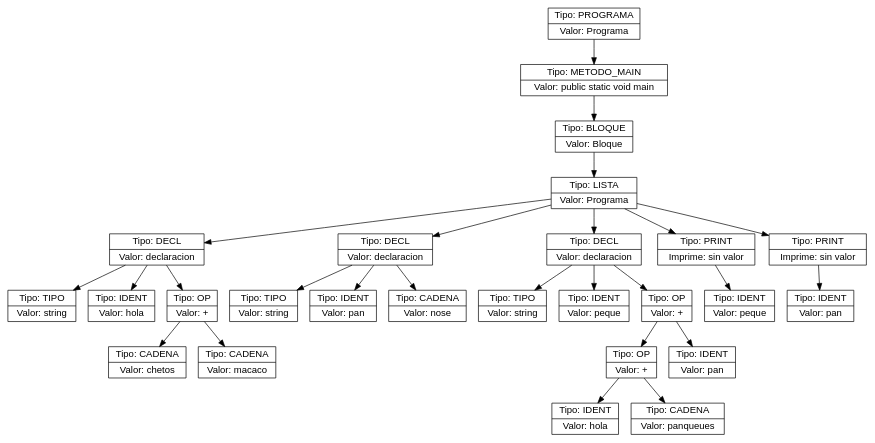
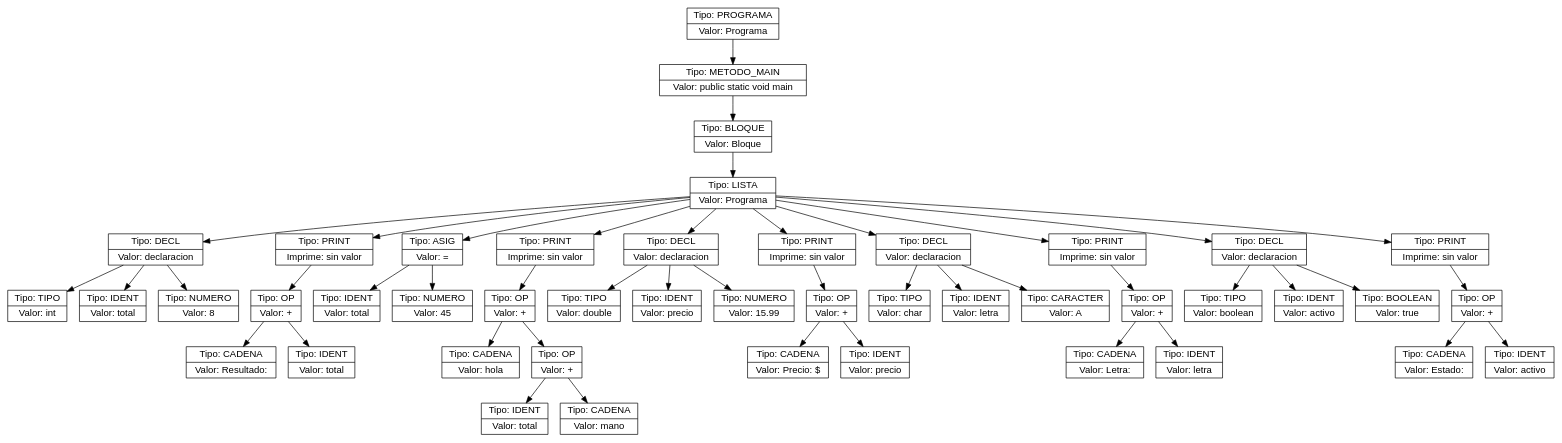
Before and after one commit to Farot30/OLC2_2s2025_P2_202307820: the diagram in ast.dot, drawn with Graphviz. The commit also changed 10 other files, not shown here.

```diff
--- a/ast.dot
+++ b/ast.dot
@@ -1,54 +1,92 @@
 digraph AST {
   node [shape=record,fontname="Helvetica"];
-  n0x62ee48352f00 [label="{Tipo: PROGRAMA|Valor: Programa}"];
-  n0x62ee48352f00 -> n0x62ee48413d40;
-  n0x62ee48413d40 [label="{Tipo: METODO_MAIN|Valor: public static void main}"];
-  n0x62ee48413d40 -> n0x62ee4840e7e0;
-  n0x62ee4840e7e0 [label="{Tipo: BLOQUE|Valor: Bloque}"];
-  n0x62ee4840e7e0 -> n0x62ee48426c10;
-  n0x62ee48426c10 [label="{Tipo: LISTA|Valor: Programa}"];
-  n0x62ee48426c10 -> n0x62ee4823c840;
-  n0x62ee4823c840 [label="{Tipo: DECL|Valor: declaracion}"];
-  n0x62ee4823c840 -> n0x62ee48494180;
-  n0x62ee48494180 [label="{Tipo: TIPO|Valor: string}"];
-  n0x62ee4823c840 -> n0x62ee48494080;
-  n0x62ee48494080 [label="{Tipo: IDENT|Valor: hola}"];
-  n0x62ee4823c840 -> n0x62ee48236080;
-  n0x62ee48236080 [label="{Tipo: OP|Valor: +}"];
-  n0x62ee48236080 -> n0x62ee48535a40;
-  n0x62ee48535a40 [label="{Tipo: CADENA|Valor: chetos }"];
-  n0x62ee48236080 -> n0x62ee48496480;
-  n0x62ee48496480 [label="{Tipo: CADENA|Valor: macaco }"];
-  n0x62ee48426c10 -> n0x62ee484979e0;
-  n0x62ee484979e0 [label="{Tipo: DECL|Valor: declaracion}"];
-  n0x62ee484979e0 -> n0x62ee484207f0;
-  n0x62ee484207f0 [label="{Tipo: TIPO|Valor: string}"];
-  n0x62ee484979e0 -> n0x62ee484a7060;
-  n0x62ee484a7060 [label="{Tipo: IDENT|Valor: pan}"];
-  n0x62ee484979e0 -> n0x62ee4860c0d0;
-  n0x62ee4860c0d0 [label="{Tipo: CADENA|Valor: nose }"];
-  n0x62ee48426c10 -> n0x62ee4848cbe0;
-  n0x62ee4848cbe0 [label="{Tipo: DECL|Valor: declaracion}"];
-  n0x62ee4848cbe0 -> n0x62ee484a6e20;
-  n0x62ee484a6e20 [label="{Tipo: TIPO|Valor: string}"];
-  n0x62ee4848cbe0 -> n0x62ee48494860;
-  n0x62ee48494860 [label="{Tipo: IDENT|Valor: peque}"];
-  n0x62ee4848cbe0 -> n0x62ee48619720;
-  n0x62ee48619720 [label="{Tipo: OP|Valor: +}"];
-  n0x62ee48619720 -> n0x62ee48495ee0;
-  n0x62ee48495ee0 [label="{Tipo: OP|Valor: +}"];
-  n0x62ee48495ee0 -> n0x62ee481f9970;
-  n0x62ee481f9970 [label="{Tipo: IDENT|Valor: hola}"];
-  n0x62ee48495ee0 -> n0x62ee484a6520;
-  n0x62ee484a6520 [label="{Tipo: CADENA|Valor: panqueues }"];
-  n0x62ee48619720 -> n0x62ee4848eee0;
-  n0x62ee4848eee0 [label="{Tipo: IDENT|Valor: pan}"];
-  n0x62ee48426c10 -> n0x62ee484a51c0;
-  n0x62ee484a51c0 [label="{Tipo: PRINT|Imprime: sin valor}"];
-  n0x62ee484a51c0 -> n0x62ee484a59a0;
-  n0x62ee484a59a0 [label="{Tipo: IDENT|Valor: peque}"];
-  n0x62ee48426c10 -> n0x62ee48492070;
-  n0x62ee48492070 [label="{Tipo: PRINT|Imprime: sin valor}"];
-  n0x62ee48492070 -> n0x62ee48557d20;
-  n0x62ee48557d20 [label="{Tipo: IDENT|Valor: pan}"];
+  n0x5703c6ddf650 [label="{Tipo: PROGRAMA|Valor: Programa}"];
+  n0x5703c6ddf650 -> n0x5703c6e692f0;
+  n0x5703c6e692f0 [label="{Tipo: METODO_MAIN|Valor: public static void main}"];
+  n0x5703c6e692f0 -> n0x5703c6e34a30;
+  n0x5703c6e34a30 [label="{Tipo: BLOQUE|Valor: Bloque}"];
+  n0x5703c6e34a30 -> n0x5703c6e8a460;
+  n0x5703c6e8a460 [label="{Tipo: LISTA|Valor: Programa}"];
+  n0x5703c6e8a460 -> n0x5703c6e40eb0;
+  n0x5703c6e40eb0 [label="{Tipo: DECL|Valor: declaracion}"];
+  n0x5703c6e40eb0 -> n0x5703c6df86c0;
+  n0x5703c6df86c0 [label="{Tipo: TIPO|Valor: int}"];
+  n0x5703c6e40eb0 -> n0x5703c6e685e0;
+  n0x5703c6e685e0 [label="{Tipo: IDENT|Valor: total}"];
+  n0x5703c6e40eb0 -> n0x5703c6c06e20;
+  n0x5703c6c06e20 [label="{Tipo: NUMERO|Valor: 8}"];
+  n0x5703c6e8a460 -> n0x5703c6dc5330;
+  n0x5703c6dc5330 [label="{Tipo: PRINT|Imprime: sin valor}"];
+  n0x5703c6dc5330 -> n0x5703c6ddb630;
+  n0x5703c6ddb630 [label="{Tipo: OP|Valor: +}"];
+  n0x5703c6ddb630 -> n0x5703c6df6a20;
+  n0x5703c6df6a20 [label="{Tipo: CADENA|Valor: Resultado: }"];
+  n0x5703c6ddb630 -> n0x5703c6e4f6f0;
+  n0x5703c6e4f6f0 [label="{Tipo: IDENT|Valor: total}"];
+  n0x5703c6e8a460 -> n0x5703c6df7b30;
+  n0x5703c6df7b30 [label="{Tipo: ASIG|Valor: =}"];
+  n0x5703c6df7b30 -> n0x5703c6fa6e80;
+  n0x5703c6fa6e80 [label="{Tipo: IDENT|Valor: total}"];
+  n0x5703c6df7b30 -> n0x5703c6e691b0;
+  n0x5703c6e691b0 [label="{Tipo: NUMERO|Valor: 45}"];
+  n0x5703c6e8a460 -> n0x5703c6e4f290;
+  n0x5703c6e4f290 [label="{Tipo: PRINT|Imprime: sin valor}"];
+  n0x5703c6e4f290 -> n0x5703c6e34a80;
+  n0x5703c6e34a80 [label="{Tipo: OP|Valor: +}"];
+  n0x5703c6e34a80 -> n0x5703c6feac10;
+  n0x5703c6feac10 [label="{Tipo: CADENA|Valor: hola}"];
+  n0x5703c6e34a80 -> n0x5703c6f4f1f0;
+  n0x5703c6f4f1f0 [label="{Tipo: OP|Valor: +}"];
+  n0x5703c6f4f1f0 -> n0x5703c6e686d0;
+  n0x5703c6e686d0 [label="{Tipo: IDENT|Valor: total}"];
+  n0x5703c6f4f1f0 -> n0x5703c6e40d20;
+  n0x5703c6e40d20 [label="{Tipo: CADENA|Valor: mano}"];
+  n0x5703c6e8a460 -> n0x5703c6bfce10;
+  n0x5703c6bfce10 [label="{Tipo: DECL|Valor: declaracion}"];
+  n0x5703c6bfce10 -> n0x5703c6d7e7b0;
+  n0x5703c6d7e7b0 [label="{Tipo: TIPO|Valor: double}"];
+  n0x5703c6bfce10 -> n0x5703c6f4eae0;
+  n0x5703c6f4eae0 [label="{Tipo: IDENT|Valor: precio}"];
+  n0x5703c6bfce10 -> n0x5703c6c0ab70;
+  n0x5703c6c0ab70 [label="{Tipo: NUMERO|Valor: 15.99}"];
+  n0x5703c6e8a460 -> n0x5703c6de0030;
+  n0x5703c6de0030 [label="{Tipo: PRINT|Imprime: sin valor}"];
+  n0x5703c6de0030 -> n0x5703c6ddd490;
+  n0x5703c6ddd490 [label="{Tipo: OP|Valor: +}"];
+  n0x5703c6ddd490 -> n0x5703c6c238c0;
+  n0x5703c6c238c0 [label="{Tipo: CADENA|Valor: Precio: $}"];
+  n0x5703c6ddd490 -> n0x5703c6e34990;
+  n0x5703c6e34990 [label="{Tipo: IDENT|Valor: precio}"];
+  n0x5703c6e8a460 -> n0x5703c6c1a8e0;
+  n0x5703c6c1a8e0 [label="{Tipo: DECL|Valor: declaracion}"];
+  n0x5703c6c1a8e0 -> n0x5703c6dca150;
+  n0x5703c6dca150 [label="{Tipo: TIPO|Valor: char}"];
+  n0x5703c6c1a8e0 -> n0x5703c6c20840;
+  n0x5703c6c20840 [label="{Tipo: IDENT|Valor: letra}"];
+  n0x5703c6c1a8e0 -> n0x5703c6e61300;
+  n0x5703c6e61300 [label="{Tipo: CARACTER|Valor: A}"];
+  n0x5703c6e8a460 -> n0x5703c6c27130;
+  n0x5703c6c27130 [label="{Tipo: PRINT|Imprime: sin valor}"];
+  n0x5703c6c27130 -> n0x5703c6e37290;
+  n0x5703c6e37290 [label="{Tipo: OP|Valor: +}"];
+  n0x5703c6e37290 -> n0x5703c6f3b040;
+  n0x5703c6f3b040 [label="{Tipo: CADENA|Valor: Letra: }"];
+  n0x5703c6e37290 -> n0x5703c6e68a40;
+  n0x5703c6e68a40 [label="{Tipo: IDENT|Valor: letra}"];
+  n0x5703c6e8a460 -> n0x5703c6dd9530;
+  n0x5703c6dd9530 [label="{Tipo: DECL|Valor: declaracion}"];
+  n0x5703c6dd9530 -> n0x5703c6c26920;
+  n0x5703c6c26920 [label="{Tipo: TIPO|Valor: boolean}"];
+  n0x5703c6dd9530 -> n0x5703c700f200;
+  n0x5703c700f200 [label="{Tipo: IDENT|Valor: activo}"];
+  n0x5703c6dd9530 -> n0x5703c6e689f0;
+  n0x5703c6e689f0 [label="{Tipo: BOOLEAN|Valor: true}"];
+  n0x5703c6e8a460 -> n0x5703c6dbef00;
+  n0x5703c6dbef00 [label="{Tipo: PRINT|Imprime: sin valor}"];
+  n0x5703c6dbef00 -> n0x5703c6dc60d0;
+  n0x5703c6dc60d0 [label="{Tipo: OP|Valor: +}"];
+  n0x5703c6dc60d0 -> n0x5703c6de84e0;
+  n0x5703c6de84e0 [label="{Tipo: CADENA|Valor: Estado: }"];
+  n0x5703c6dc60d0 -> n0x5703c6d787d0;
+  n0x5703c6d787d0 [label="{Tipo: IDENT|Valor: activo}"];
 }
```
